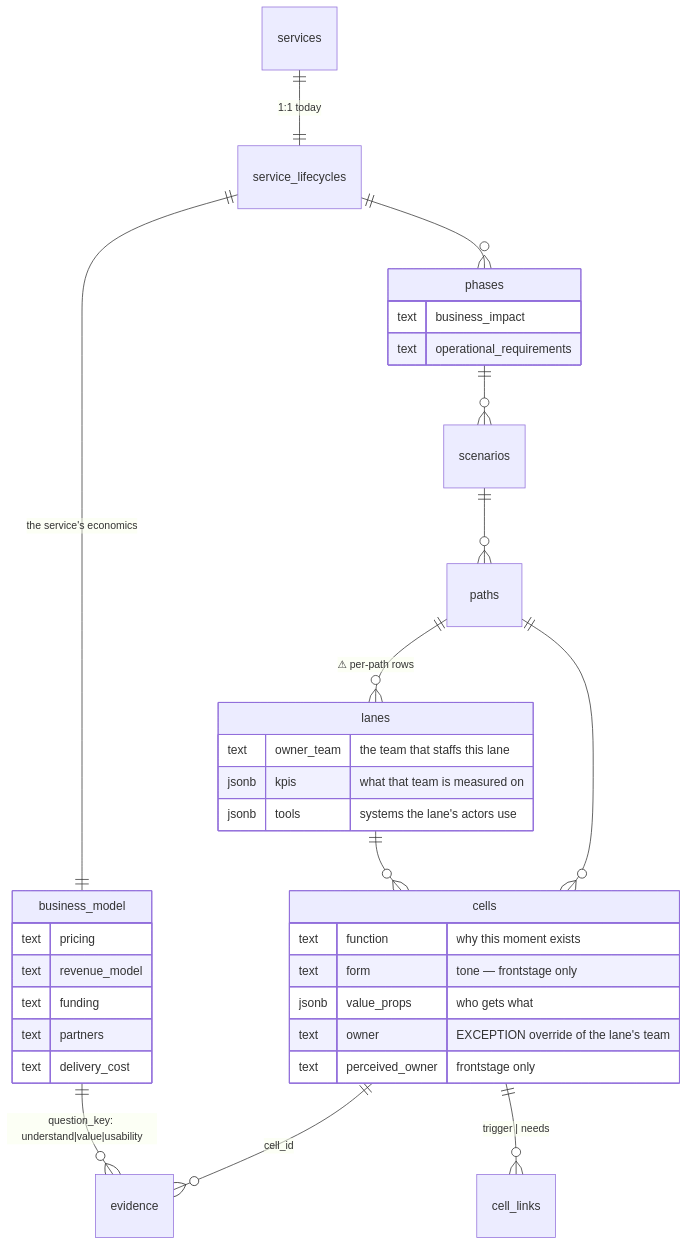
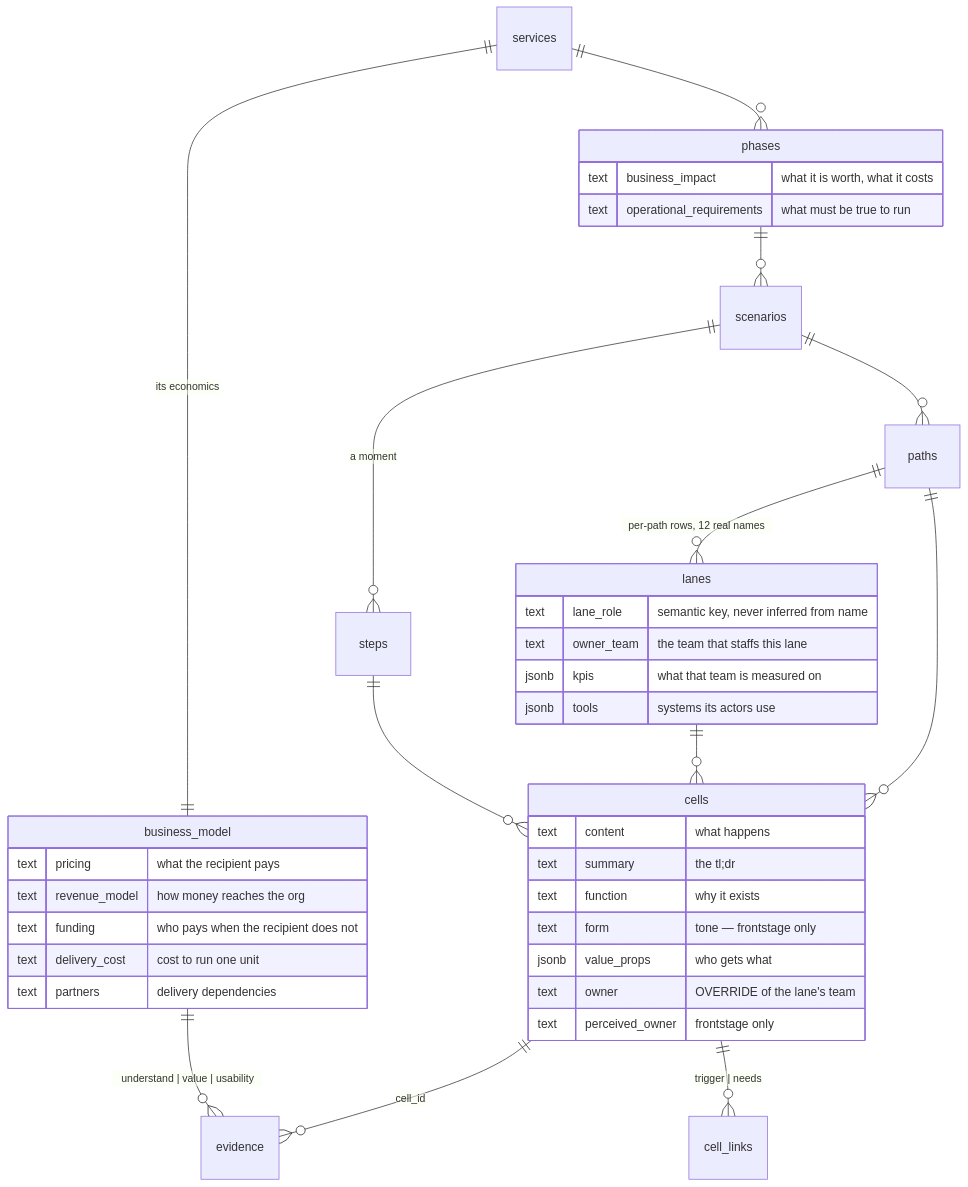
The diagram in docs/plans/2026-08-20-003-feat-entity-detail-panels-plan.md (BilLogic/plus-uno-blueprint), drawn with Mermaid before and after one commit. The commit also changed other lines of this file and 2 other files, not shown here.

````diff
--- a/docs/plans/2026-08-20-003-feat-entity-detail-panels-plan.md
+++ b/docs/plans/2026-08-20-003-feat-entity-detail-panels-plan.md
@@ -27,38 +146,42 @@
 ```mermaid
 erDiagram
-    services ||--|| service_lifecycles : "1:1 today"
-    service_lifecycles ||--|| business_model : "the service's economics"
-    service_lifecycles ||--o{ phases : ""
-    phases           ||--o{ scenarios : ""
-    scenarios        ||--o{ paths : ""
-    paths            ||--o{ lanes : "⚠ per-path rows"
-    paths            ||--o{ cells : ""
-    lanes            ||--o{ cells : ""
-    cells            ||--o{ evidence : "cell_id"
-    business_model   ||--o{ evidence : "question_key: understand|value|usability"
-    cells            ||--o{ cell_links : "trigger | needs"
+    services   ||--o{ phases : ""
+    services   ||--|| business_model : "its economics"
+    phases     ||--o{ scenarios : ""
+    scenarios  ||--o{ paths : ""
+    scenarios  ||--o{ steps : "a moment"
+    paths      ||--o{ lanes : "per-path rows, 12 real names"
+    paths      ||--o{ cells : ""
+    lanes      ||--o{ cells : ""
+    steps      ||--o{ cells : ""
+    cells      ||--o{ evidence : "cell_id"
+    business_model ||--o{ evidence : "understand | value | usability"
+    cells      ||--o{ cell_links : "trigger | needs"
 
     business_model {
-        text pricing
-        text revenue_model
-        text funding
-        text partners
-        text delivery_cost
+        text pricing         "what the recipient pays"
+        text revenue_model   "how money reaches the org"
+        text funding         "who pays when the recipient does not"
+        text delivery_cost   "cost to run one unit"
+        text partners        "delivery dependencies"
     }
     phases {
-        text business_impact
-        text operational_requirements
+        text business_impact          "what it is worth, what it costs"
+        text operational_requirements "what must be true to run"
     }
     lanes {
+        text lane_role  "semantic key, never inferred from name"
         text owner_team "the team that staffs this lane"
         jsonb kpis      "what that team is measured on"
-        jsonb tools     "systems the lane's actors use"
+        jsonb tools     "systems its actors use"
     }
     cells {
-        text function        "why this moment exists"
+        text content         "what happens"
+        text summary         "the tl;dr"
+        text function        "why it exists"
         text form            "tone — frontstage only"
         jsonb value_props    "who gets what"
-        text owner           "EXCEPTION override of the lane's team"
+        text owner           "OVERRIDE of the lane's team"
         text perceived_owner "frontstage only"
     }
 ```
````
